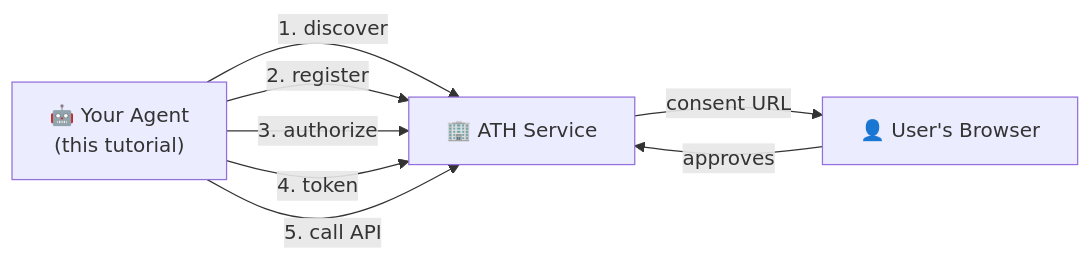
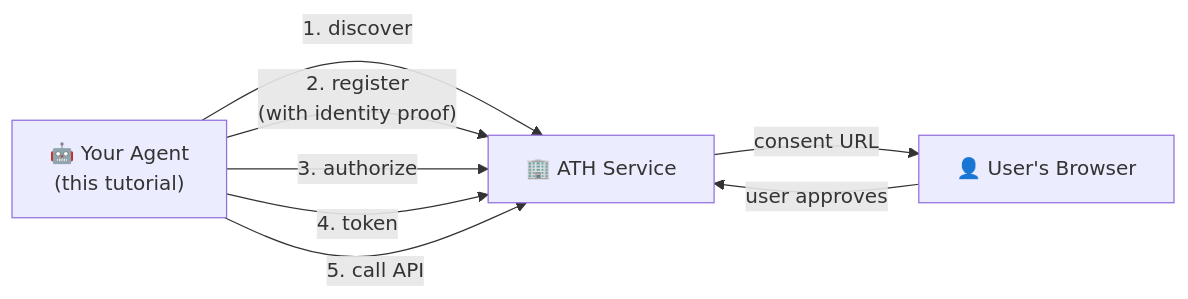
Before and after one commit to ath-protocol/docs: the first of 2 diagrams in build-an-agent/tutorial.mdx, drawn with Mermaid. The commit also changed other lines of this file and 6 other files, not shown here.

````diff
--- a/build-an-agent/tutorial.mdx
+++ b/build-an-agent/tutorial.mdx
@@ -10,12 +10,12 @@
 ```mermaid
 graph LR
     Agent["🤖 Your Agent<br/>(this tutorial)"]
     
     Agent -->|"1. discover"| Service["🏢 ATH Service"]
-    Agent -->|"2. register"| Service
+    Agent -->|"2. register<br/>(with identity proof)"| Service
     Agent -->|"3. authorize"| Service
     Service -->|"consent URL"| Browser["👤 User's Browser"]
-    Browser -->|"approves"| Service
+    Browser -->|"user approves"| Service
     Agent -->|"4. token"| Service
     Agent -->|"5. call API"| Service
 ```
````
